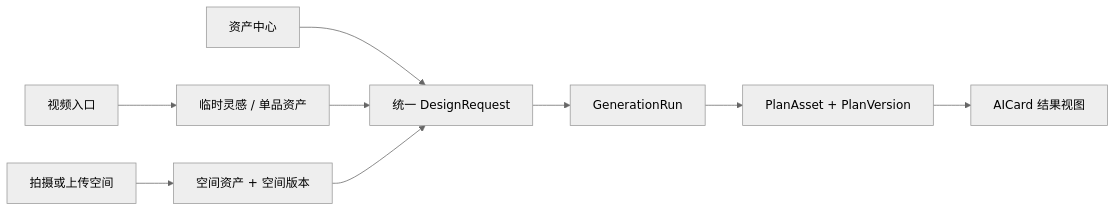
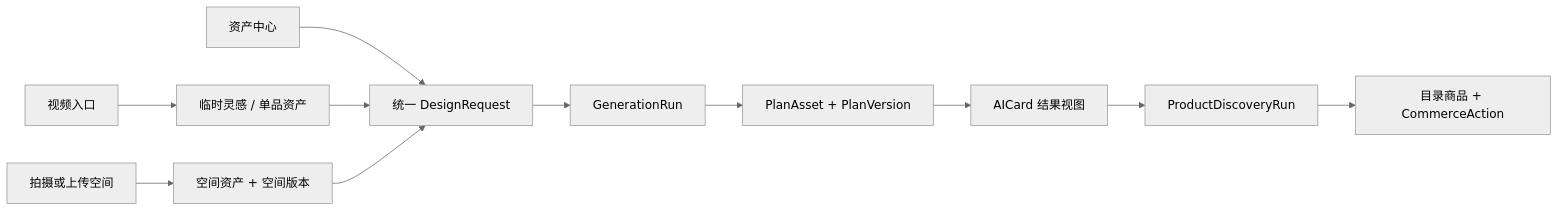
One commit to xbhmd0434/ai-corner-renewal changed the diagram in apps/douyin-demo/HANDOFF.md. Above: the diagram before and after it, drawn with Mermaid (neutral theme). The commit also changed other lines of this file and 51 other files, not shown here.

````diff
--- a/apps/douyin-demo/HANDOFF.md
+++ b/apps/douyin-demo/HANDOFF.md
@@ -26,11 +26,13 @@
 ```mermaid
 flowchart LR
     VIDEO["视频入口"] --> REF["临时灵感 / 单品资产"]
     UPLOAD["拍摄或上传空间"] --> SPACE["空间资产 + 空间版本"]
     LIB["资产中心"] --> TASK["统一 DesignRequest"]
     REF --> TASK
     SPACE --> TASK
     TASK --> RUN["GenerationRun"]
     RUN --> PLAN["PlanAsset + PlanVersion"]
     PLAN --> RESULT["AICard 结果视图"]
+    RESULT --> DISCOVERY["ProductDiscoveryRun"]
+    DISCOVERY --> COMMERCE["目录商品 + CommerceAction"]
 ```
````
